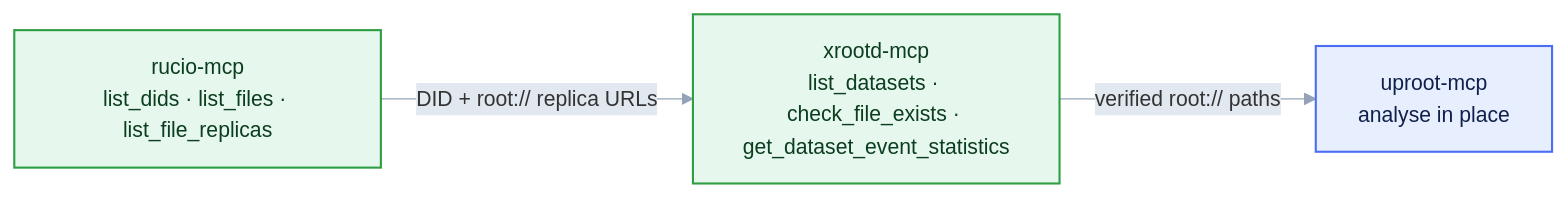
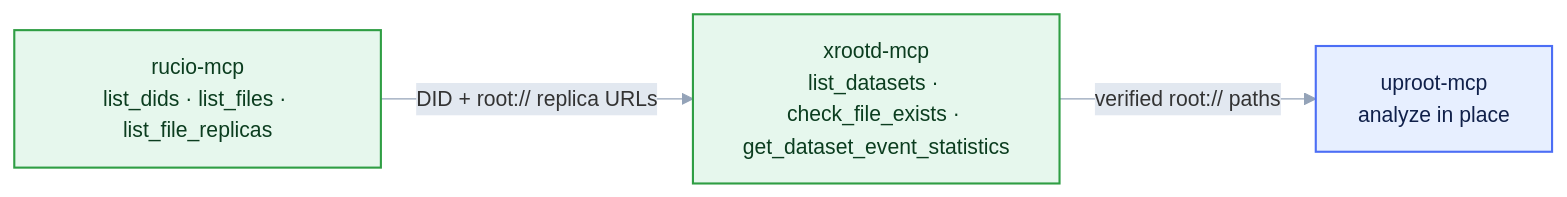
Before and after one commit to eic/tutorial-mcp: the second of 2 diagrams in episodes/03-mcp-servers.md, drawn with Mermaid. The commit also changed other lines of this file and 11 other files, not shown here.

````diff
--- a/episodes/03-mcp-servers.md
+++ b/episodes/03-mcp-servers.md
@@ -225,10 +226,10 @@
 ```mermaid
 %%{init: {'theme':'base', 'themeVariables': {'fontSize':'15px','lineColor':'#94a3b8','edgeLabelBackground':'#e2e8f0','clusterBkg':'#1f293720','clusterBorder':'#94a3b8','titleColor':'#94a3b8'}}}%%
 flowchart LR
     accTitle: {EIC MCP data tools}
     accDescr: {EIC MCP data tools}
     R["rucio-mcp<br/>list_dids · list_files · list_file_replicas"]:::tool -->|"DID + root:// replica URLs"| X["xrootd-mcp<br/>list_datasets · check_file_exists · get_dataset_event_statistics"]:::tool
-    X -->|"verified root:// paths"| U["uproot-mcp<br/>analyse in place"]:::core
+    X -->|"verified root:// paths"| U["uproot-mcp<br/>analyze in place"]:::core
     classDef tool fill:#e6f7ed,stroke:#2f9e44,stroke-width:1.5px,color:#0b3d1f;
     classDef core fill:#e7efff,stroke:#4c6ef5,stroke-width:1.5px,color:#10204a;
 ```
````
